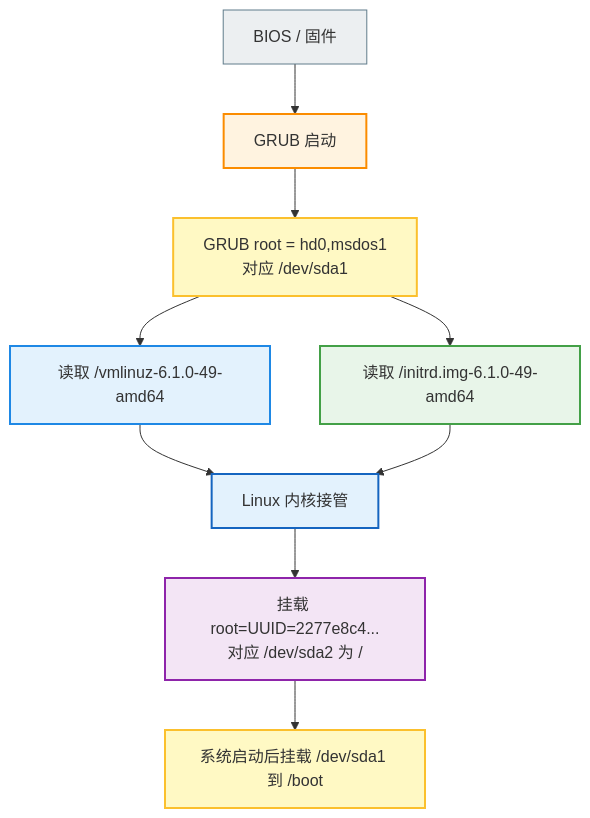
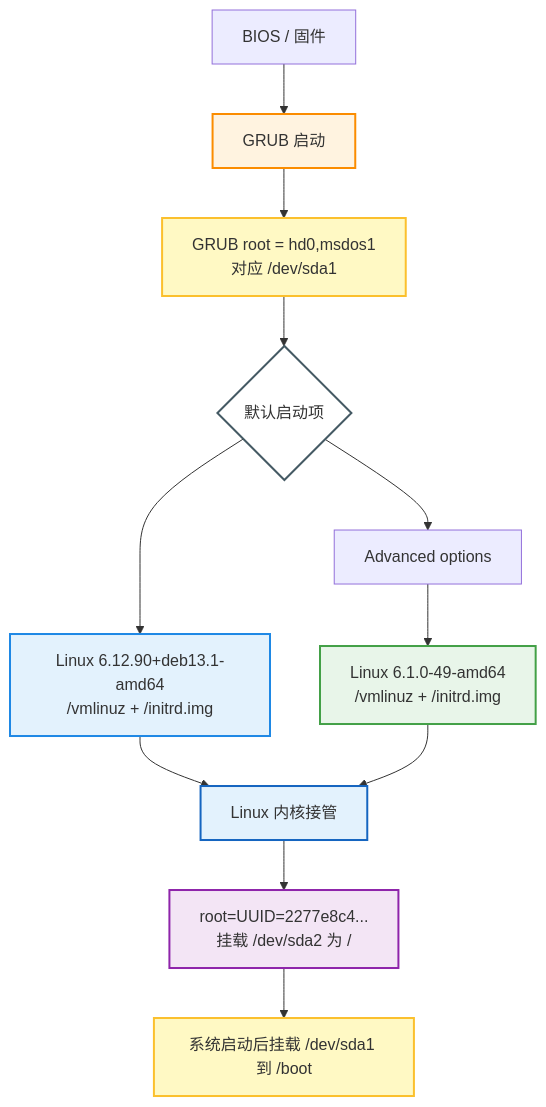
The first of 3 diagrams in _posts/2026-06-10-grub-kernel-boot-relationship.md (puppylpg/puppylpg.github.io), drawn with Mermaid before and after one commit. The commit also changed other lines of this file and 5 other files, not shown here.

````diff
--- a/_posts/2026-06-10-grub-kernel-boot-relationship.md
+++ b/_posts/2026-06-10-grub-kernel-boot-relationship.md
@@ -34,20 +53,24 @@
 ```mermaid
 flowchart TD
     firmware["BIOS / 固件"] --> grub["GRUB 启动"]
     grub --> bootRoot["GRUB root = hd0,msdos1<br/>对应 /dev/sda1"]
-    bootRoot --> kernelFile["读取 /vmlinuz-6.1.0-49-amd64"]
-    bootRoot --> initrdFile["读取 /initrd.img-6.1.0-49-amd64"]
-    kernelFile --> linux["Linux 内核接管"]
-    initrdFile --> linux
-    linux --> rootfs["挂载 root=UUID=2277e8c4...<br/>对应 /dev/sda2 为 /"]
-    rootfs --> remountBoot["系统启动后挂载 /dev/sda1 到 /boot"]
 
-    style firmware fill:#eceff1,stroke:#607d8b,stroke-width:1px
+    bootRoot --> defaultChoice{"默认启动项"}
+    defaultChoice --> newKernel["Linux 6.12.90+deb13.1-amd64<br/>/vmlinuz + /initrd.img"]
+    defaultChoice --> advanced["Advanced options"]
+    advanced --> oldKernel["Linux 6.1.0-49-amd64<br/>/vmlinuz + /initrd.img"]
+
+    newKernel --> linux["Linux 内核接管"]
+    oldKernel --> linux
+    linux --> realRoot["root=UUID=2277e8c4...<br/>挂载 /dev/sda2 为 /"]
+    realRoot --> bootMount["系统启动后挂载 /dev/sda1 到 /boot"]
+
     style grub fill:#fff3e0,stroke:#fb8c00,stroke-width:2px
     style bootRoot fill:#fff9c4,stroke:#fbc02d,stroke-width:2px
-    style kernelFile fill:#e3f2fd,stroke:#1e88e5,stroke-width:2px
-    style initrdFile fill:#e8f5e9,stroke:#43a047,stroke-width:2px
+    style defaultChoice fill:#ffffff,stroke:#455a64,stroke-width:2px
+    style newKernel fill:#e3f2fd,stroke:#1e88e5,stroke-width:2px
+    style oldKernel fill:#e8f5e9,stroke:#43a047,stroke-width:2px
     style linux fill:#e3f2fd,stroke:#1565c0,stroke-width:2px
-    style rootfs fill:#f3e5f5,stroke:#8e24aa,stroke-width:2px
-    style remountBoot fill:#fff9c4,stroke:#fbc02d,stroke-width:2px
+    style realRoot fill:#f3e5f5,stroke:#8e24aa,stroke-width:2px
+    style bootMount fill:#fff9c4,stroke:#fbc02d,stroke-width:2px
 ```
````
